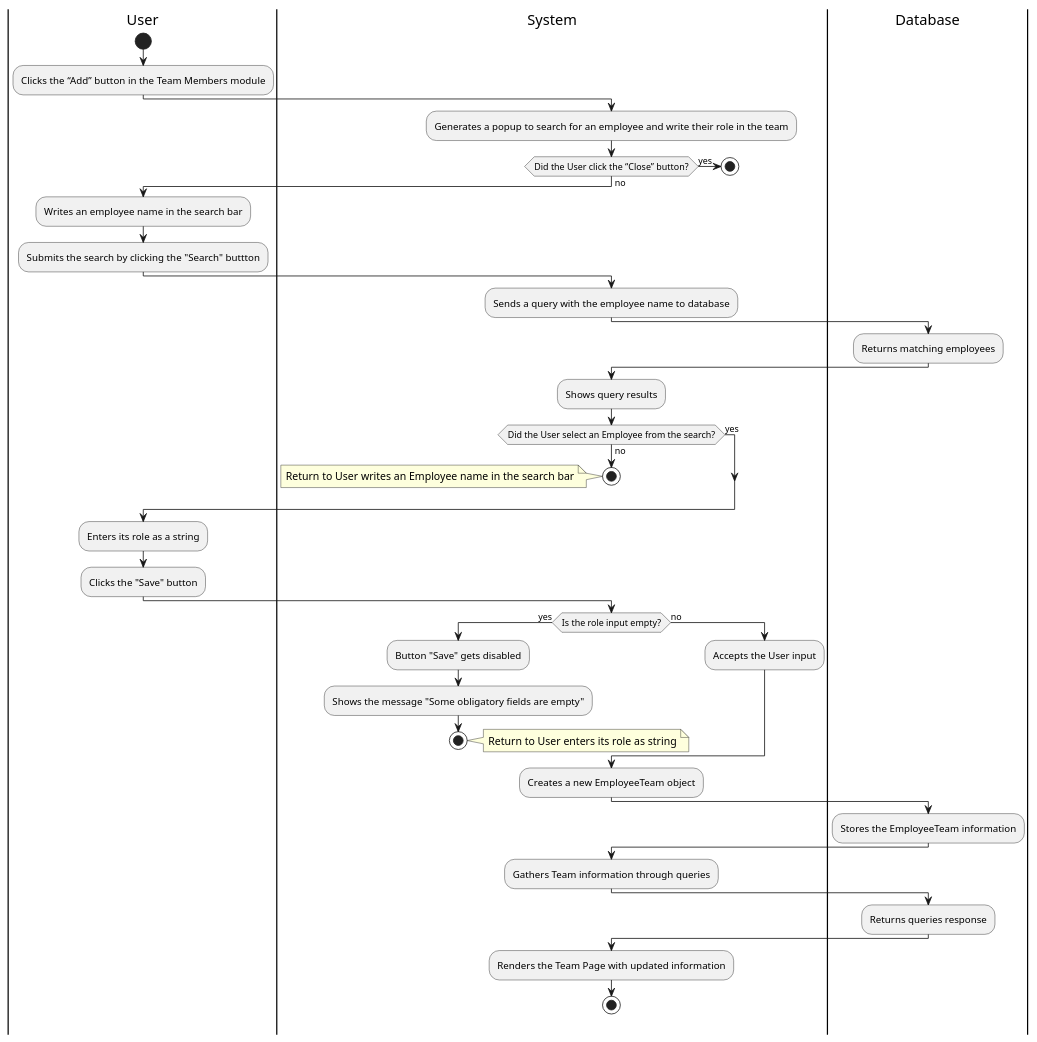
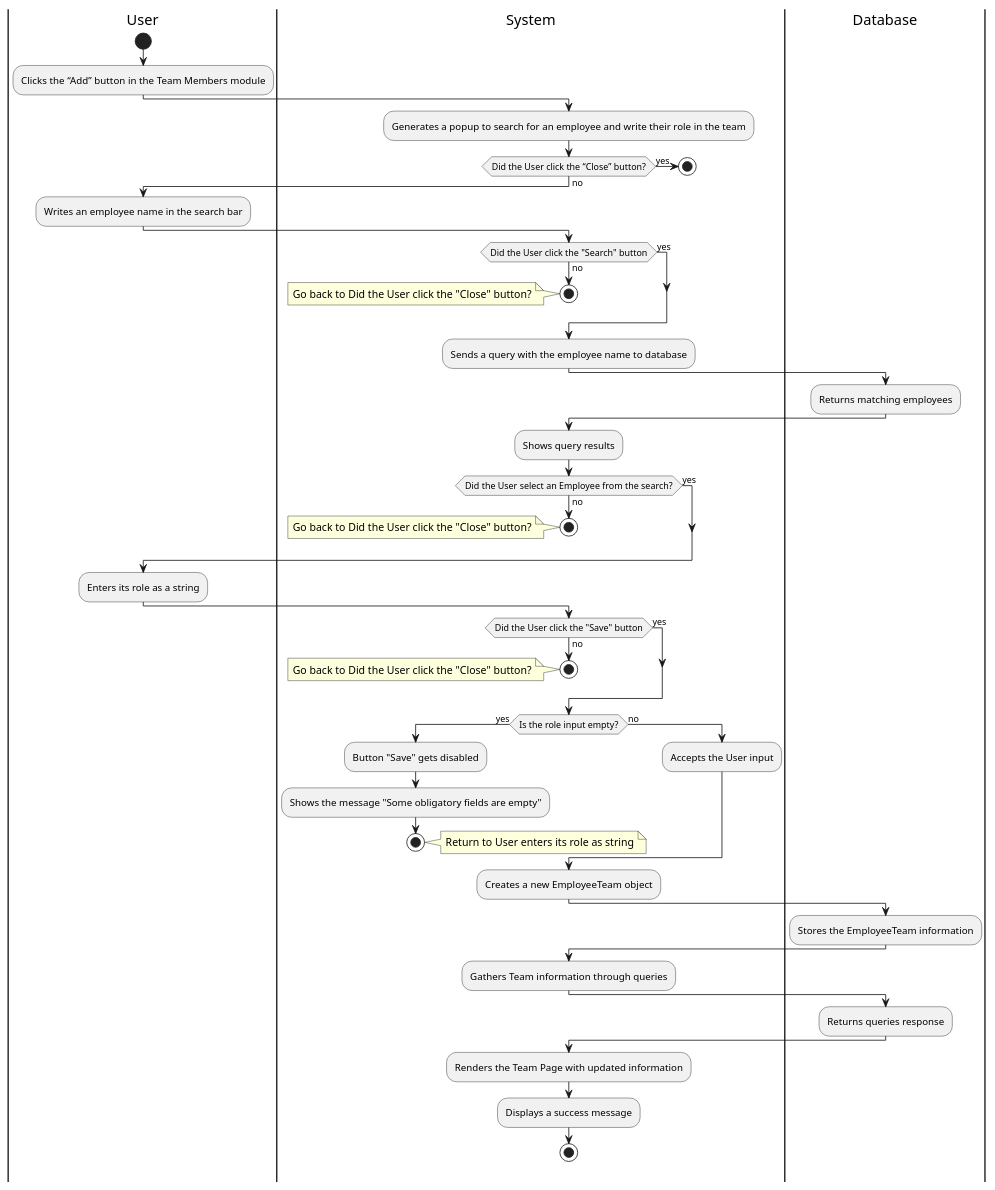
The diagram in documentation/activity_diagrams/TEAM-06-02-ActivityDiagram.puml (Berthou05/LimboSoftwareDevelopment_Change.org), drawn with PlantUML before and after one commit. The commit also changed 8 other files, not shown here.

Commit message:
[DOCS]: Correction of Activity Diagrams. Addition of ADMIN-02 AD.

```diff
--- a/documentation/activity_diagrams/TEAM-06-02-ActivityDiagram.puml
+++ b/documentation/activity_diagrams/TEAM-06-02-ActivityDiagram.puml
@@ -1,62 +1,82 @@
 @startuml
 |User|
 start
 :Clicks the “Add” button in the Team Members module;
 |System|
 :Generates a popup to search for an employee and write their role in the team;
 
 if(Did the User click the “Close” button?) is (yes) then
     stop
 else(no)
 |User|
 :Writes an employee name in the search bar;
-:Submits the search by clicking the "Search" buttton;
+|System|
+if(Did the User click the "Search" button) is(yes) then
+
+else(no)
+    stop
+    note left
+        Go back to Did the User click the "Close" button?
+    end note
+end if
+
+
 |System|
 :Sends a query with the employee name to database;
 |Database|
 :Returns matching employees;
 |System|
 :Shows query results;
 
 if(Did the User select an Employee from the search?) is (no) then
     |System|
     stop
     note left
-    Return to User writes an Employee name in the search bar
+    Go back to Did the User click the "Close" button?
     end note
     
 else(yes)
     
 
 end if
 |User|
 :Enters its role as a string;
-:Clicks the "Save" button;
+|System|
+if(Did the User click the "Save" button) is(yes) then
+
+else(no)
+    stop
+    note left
+        Go back to Did the User click the "Close" button?
+    end note
+end if
     |System|
     if(Is the role input empty?) is (yes) then
     |System|
     :Button "Save" gets disabled;
     :Shows the message "Some obligatory fields are empty";
     stop
     note right
         Return to User enters its role as string
     end note
     
 
     else(no)
     |System|
     :Accepts the User input;
     end if
 
 |System|
 :Creates a new EmployeeTeam object;
 |Database|
 :Stores the EmployeeTeam information;
 |System|
 :Gathers Team information through queries;
 |Database|
 :Returns queries response;
 |System|
 :Renders the Team Page with updated information;
+:Displays a success message;
+
 stop
 @enduml
```
